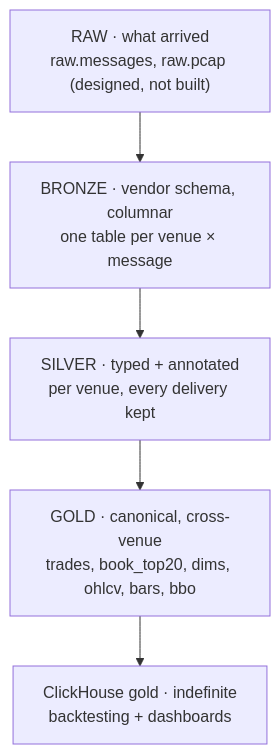
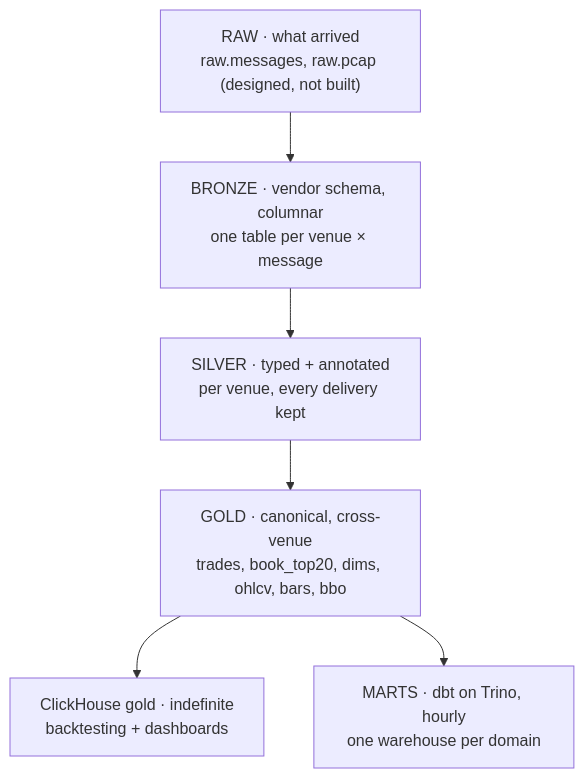
One commit to rjdscott/k2-market-data-platform changed the diagram in docs/architecture/12-data-strategy.md. Above: the diagram before and after it, drawn with Mermaid. The commit also changed other lines of this file and 7 other files, not shown here.

First line of the commit message:
docs(architecture): chapters 04, 08, 09, 11, 12, 13, 14 and A1 in line with P3

````diff
--- a/docs/architecture/12-data-strategy.md
+++ b/docs/architecture/12-data-strategy.md
@@ -21,9 +21,11 @@
 ```mermaid
 flowchart TB
   R["RAW · what arrived<br/>raw.messages, raw.pcap (designed, not built)"]
   B["BRONZE · vendor schema, columnar<br/>one table per venue × message"]
   S["SILVER · typed + annotated<br/>per venue, every delivery kept"]
   G["GOLD · canonical, cross-venue<br/>trades, book_top20, dims, ohlcv, bars, bbo"]
   CH["ClickHouse gold · indefinite<br/>backtesting + dashboards"]
+  M["MARTS · dbt on Trino, hourly<br/>one warehouse per domain"]
   R --> B --> S --> G --> CH
+  G --> M
 ```
````
